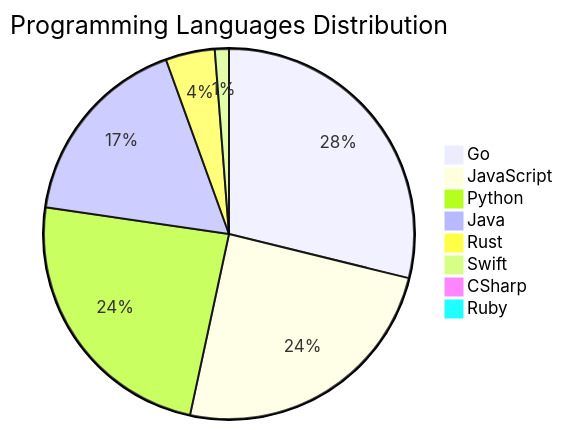
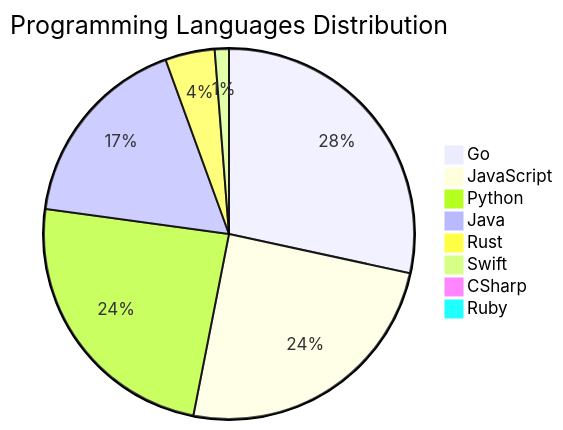
The diagram in README.md (Derrick-MUGISHA/github-activity-bot), drawn with Mermaid before and after one commit. The commit also changed other lines of this file and 4 other files, not shown here.

````diff
--- a/README.md
+++ b/README.md
@@ -209,11 +209,11 @@
 ```mermaid
 pie title Programming Languages Distribution
-    "Go" : 47
+    "Go" : 46
     "JavaScript" : 40
     "Python" : 39
     "Java" : 28
     "Rust" : 7
     "Swift" : 2
     "CSharp" : 1
     "Ruby" : 1
 ```
````
